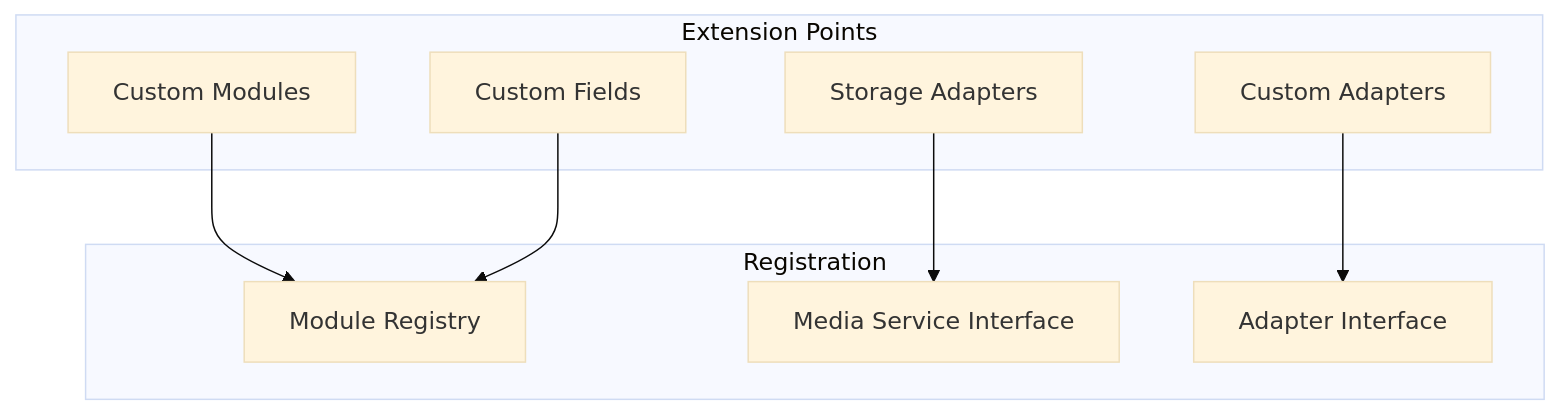
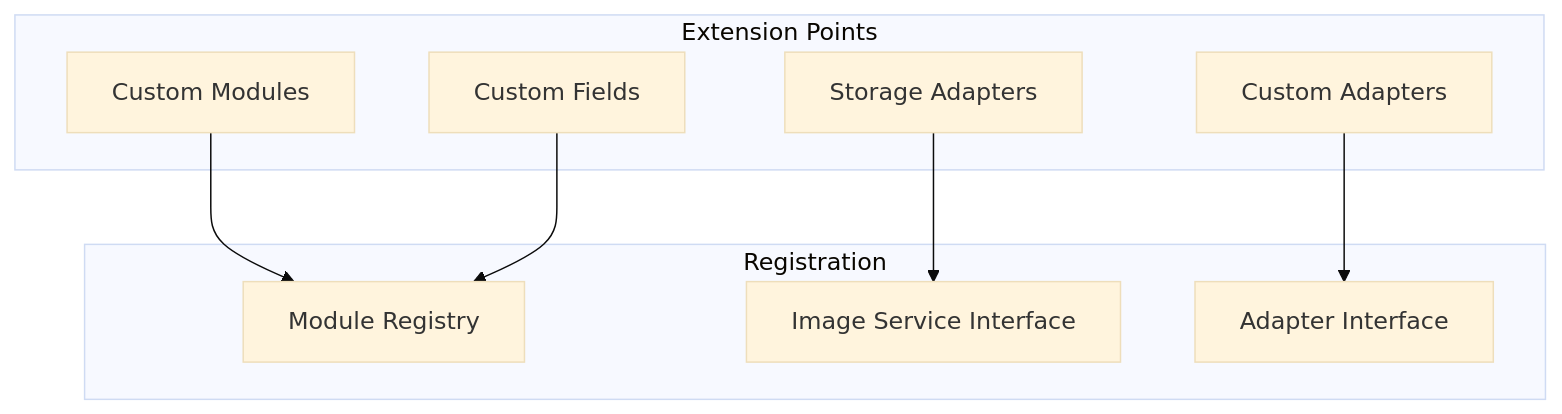
One commit to mainzcript/ujl changed the eighth of 10 diagrams in apps/docs/src/arc42/08-crosscutting-concepts.md. Above: the diagram before and after it, drawn with Mermaid (base theme). The commit also changed other lines of this file and 11 other files, not shown here.

Commit message:
refactor: rename media terminology to image across documentation and update related configurations

````diff
--- a/apps/docs/src/arc42/08-crosscutting-concepts.md
+++ b/apps/docs/src/arc42/08-crosscutting-concepts.md
@@ -645,20 +638,20 @@
 ```mermaid
 graph TB
     subgraph ExtensionPoints["Extension Points"]
         CustomModules["Custom Modules"]
         CustomFields["Custom Fields"]
         CustomAdapters["Custom Adapters"]
         StorageAdapters["Storage Adapters"]
     end
 
     subgraph Registration["Registration"]
         ModuleRegistry["Module Registry"]
-        MediaService["Media Service Interface"]
+        ImageService["Image Service Interface"]
         AdapterInterface["Adapter Interface"]
     end
 
     CustomModules --> ModuleRegistry
     CustomFields --> ModuleRegistry
     CustomAdapters --> AdapterInterface
-    StorageAdapters --> MediaService
+    StorageAdapters --> ImageService
 ```
````
